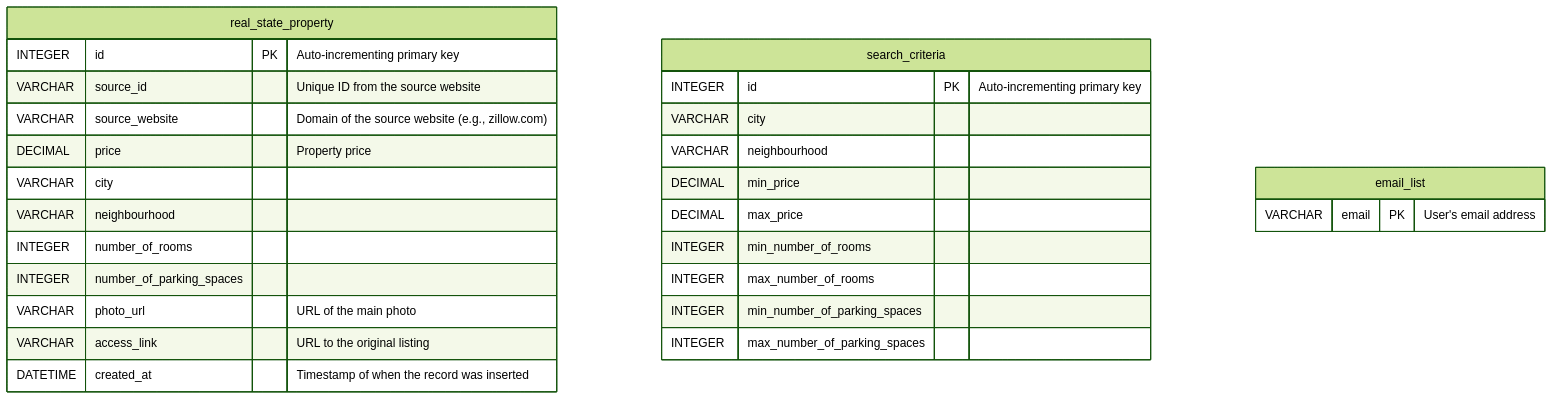
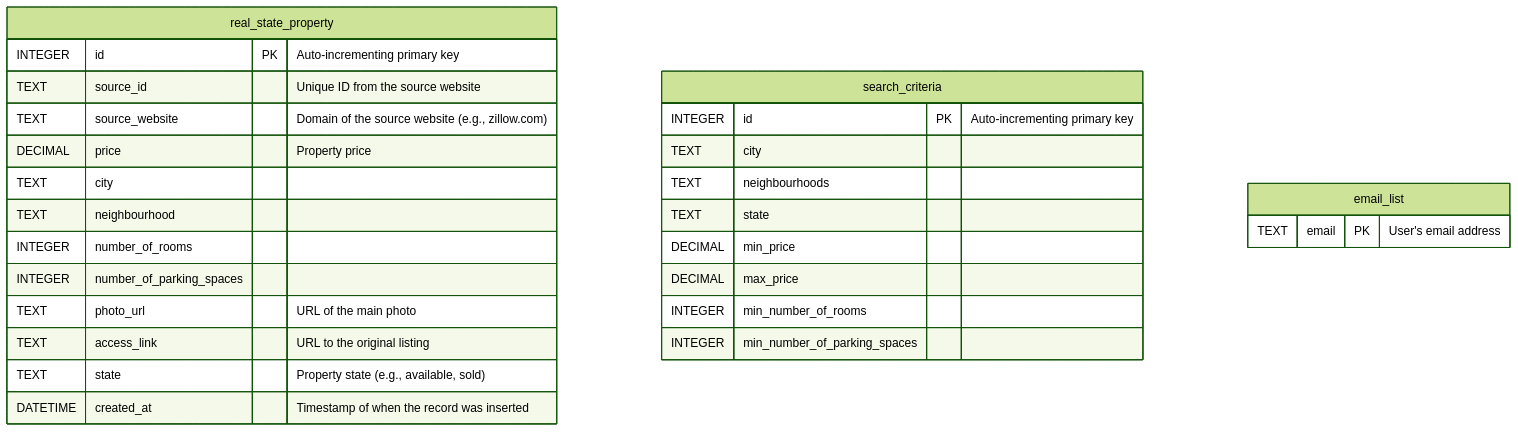
One commit to limadan/real-state-scrapper changed the second of 2 diagrams in docs/ARCHITECTURE.md. Above: the diagram before and after it, drawn with Mermaid (forest theme). The commit also changed other lines of this file and 18 other files, not shown here.

````diff
--- a/docs/ARCHITECTURE.md
+++ b/docs/ARCHITECTURE.md
@@ -94,32 +94,32 @@
 ```mermaid
 erDiagram
     real_state_property {
         INTEGER id PK "Auto-incrementing primary key"
-        VARCHAR source_id "Unique ID from the source website"
-        VARCHAR source_website "Domain of the source website (e.g., zillow.com)"
+        TEXT source_id "Unique ID from the source website"
+        TEXT source_website "Domain of the source website (e.g., zillow.com)"
         DECIMAL price "Property price"
-        VARCHAR city
-        VARCHAR neighbourhood
+        TEXT city
+        TEXT neighbourhood
         INTEGER number_of_rooms
         INTEGER number_of_parking_spaces
-        VARCHAR photo_url "URL of the main photo"
-        VARCHAR access_link "URL to the original listing"
+        TEXT photo_url "URL of the main photo"
+        TEXT access_link "URL to the original listing"
+        TEXT state "Property state (e.g., available, sold)"
         DATETIME created_at "Timestamp of when the record was inserted"
     }
 
     search_criteria {
         INTEGER id PK "Auto-incrementing primary key"
-        VARCHAR city
-        VARCHAR neighbourhood
+        TEXT city
+        TEXT neighbourhoods
+        TEXT state
         DECIMAL min_price
         DECIMAL max_price
         INTEGER min_number_of_rooms
-        INTEGER max_number_of_rooms
         INTEGER min_number_of_parking_spaces
-        INTEGER max_number_of_parking_spaces
     }
 
     email_list {
-        VARCHAR email PK "User's email address"
+        TEXT email PK "User's email address"
     }
 ```
````
